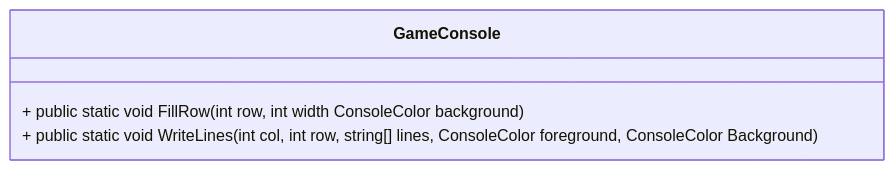
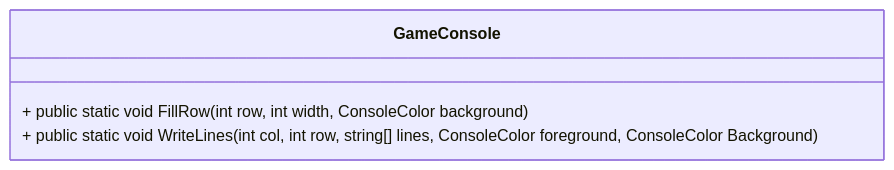
Before and after one commit to NexusWeave/MVP-FlappyBird-cs: the second of 7 diagrams in dokumentasjon/diagram/klasse-diagram.md, drawn with Mermaid.

````diff
--- a/dokumentasjon/diagram/klasse-diagram.md
+++ b/dokumentasjon/diagram/klasse-diagram.md
@@ -20,9 +20,9 @@
 ```mermaid
     classDiagram
         direction TD
 
     class GameConsole {
-        + public static void FillRow(int row, int width ConsoleColor background)
+        + public static void FillRow(int row, int width, ConsoleColor background)
         + public static void WriteLines(int col, int row, string[] lines, ConsoleColor foreground, ConsoleColor Background)
     }
 ```
````
